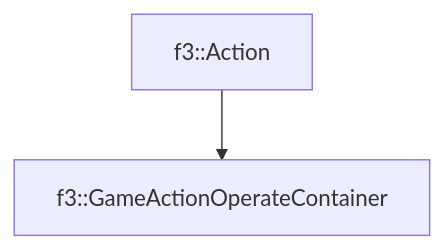
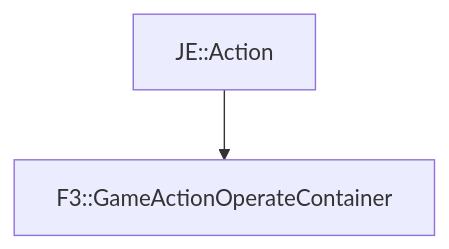
Before and after one commit to OpenJE/openvb: the diagram in docs/f3/GameActionOperateContainer.md, drawn with Mermaid. The commit also changed other lines of this file and 1399 other files, not shown here.

````diff
--- a/docs/f3/GameActionOperateContainer.md
+++ b/docs/f3/GameActionOperateContainer.md
@@ -16,4 +16,4 @@
 ```mermaid
 graph TD;
-    f3::Action --> f3::GameActionOperateContainer
+    JE::Action --> F3::GameActionOperateContainer
 ```
````
